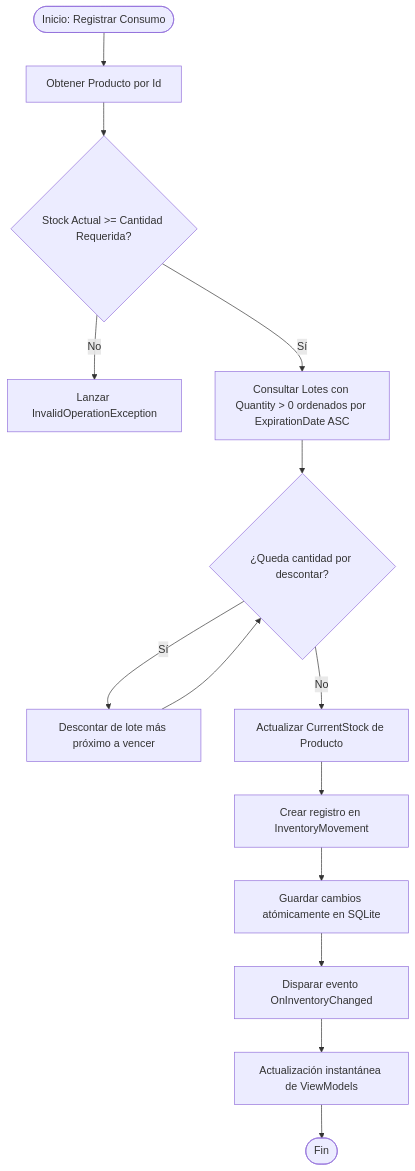
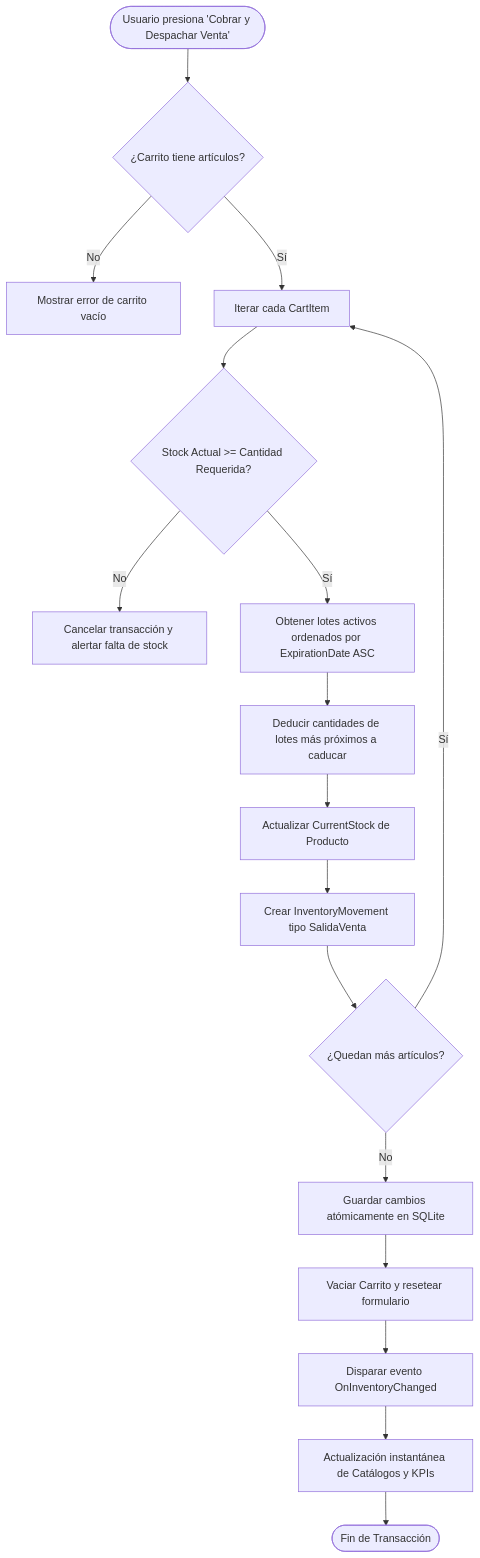
One commit to Marioalr/TPVC changed the third of 3 diagrams in docs/ARQUITECTURA_TECNICA.md. Above: the diagram before and after it, drawn with Mermaid. The commit also changed other lines of this file and 25 other files, not shown here.

Commit message:
feat: divide main view into clinical records (TODO) and POS sales with shopping cart

````diff
--- a/docs/ARQUITECTURA_TECNICA.md
+++ b/docs/ARQUITECTURA_TECNICA.md
@@ -107,16 +109,19 @@
 ```mermaid
 flowchart TD
-    Start([Inicio: Registrar Consumo]) --> GetProduct[Obtener Producto por Id]
-    GetProduct --> ValidateStock{Stock Actual >= Cantidad Requerida?}
-    ValidateStock -- No --> ThrowError[Lanzar InvalidOperationException]
-    ValidateStock -- Sí --> GetBatches[Consultar Lotes con Quantity > 0 ordenados por ExpirationDate ASC]
-    GetBatches --> LoopBatches{¿Queda cantidad por descontar?}
-    LoopBatches -- Sí --> DeductBatch[Descontar de lote más próximo a vencer]
-    DeductBatch --> LoopBatches
-    LoopBatches -- No --> UpdateProductStock[Actualizar CurrentStock de Producto]
-    UpdateProductStock --> CreateMovement[Crear registro en InventoryMovement]
-    CreateMovement --> SaveChanges[Guardar cambios atómicamente en SQLite]
-    SaveChanges --> DispatchEvent[Disparar evento OnInventoryChanged]
-    DispatchEvent --> RefreshUI[Actualización instantánea de ViewModels]
-    RefreshUI --> End([Fin])
+    Start([Usuario presiona 'Cobrar y Despachar Venta']) --> ValidateCart{¿Carrito tiene artículos?}
+    ValidateCart -- No --> ShowEmptyError[Mostrar error de carrito vacío]
+    ValidateCart -- Sí --> IterateItems[Iterar cada CartItem]
+    IterateItems --> CheckStock{Stock Actual >= Cantidad Requerida?}
+    CheckStock -- No --> AbortSale[Cancelar transacción y alertar falta de stock]
+    CheckStock -- Sí --> GetBatches[Obtener lotes activos ordenados por ExpirationDate ASC]
+    GetBatches --> DeductFEFO[Deducir cantidades de lotes más próximos a caducar]
+    DeductFEFO --> UpdateStock[Actualizar CurrentStock de Producto]
+    UpdateStock --> CreateMovement[Crear InventoryMovement tipo SalidaVenta]
+    CreateMovement --> MoreItems{¿Quedan más artículos?}
+    MoreItems -- Sí --> IterateItems
+    MoreItems -- No --> SaveDB[Guardar cambios atómicamente en SQLite]
+    SaveDB --> ClearCart[Vaciar Carrito y resetear formulario]
+    ClearCart --> FireEvent[Disparar evento OnInventoryChanged]
+    FireEvent --> RefreshViews[Actualización instantánea de Catálogos y KPIs]
+    RefreshViews --> End([Fin de Transacción])
 ```
````
